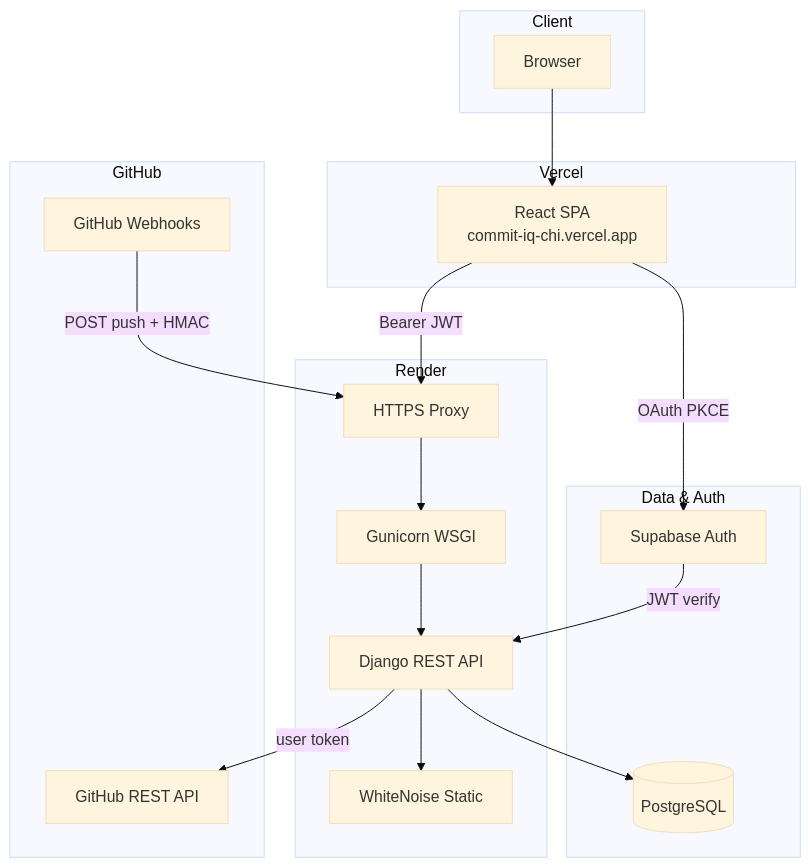
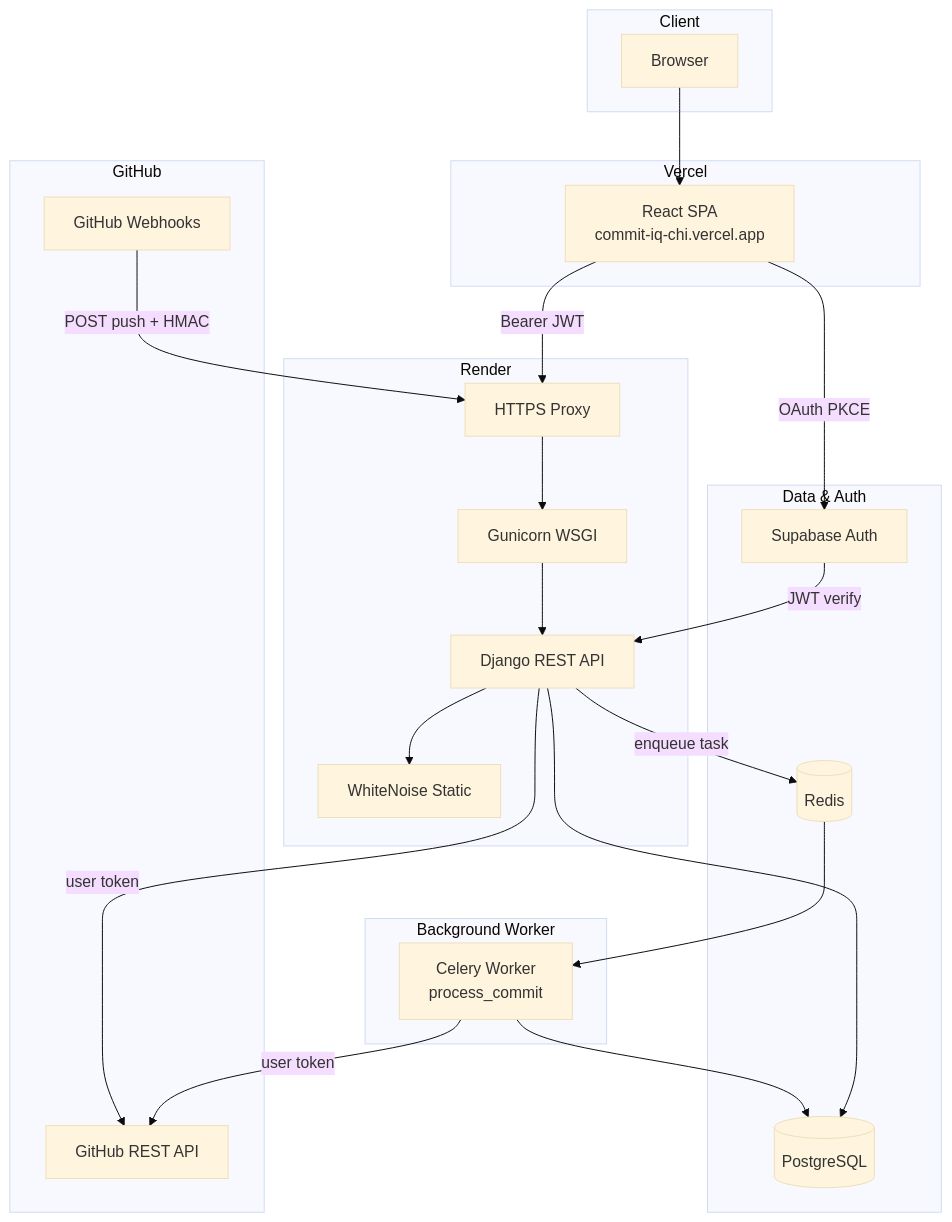
One commit to coutKaustubh/CommitIQ changed the first of 10 diagrams in README.md. Above: the diagram before and after it, drawn with Mermaid (base theme). The commit also changed other lines of this file and 2 other files, not shown here.

````diff
--- a/README.md
+++ b/README.md
@@ -76,37 +83,46 @@
 ```mermaid
 flowchart TB
     subgraph client [Client]
         Browser[Browser]
     end
 
     subgraph vercel [Vercel]
         SPA[React SPA<br/>commit-iq-chi.vercel.app]
     end
 
     subgraph render [Render]
         Proxy[HTTPS Proxy]
         Gunicorn[Gunicorn WSGI]
         Django[Django REST API]
         WhiteNoise[WhiteNoise Static]
     end
 
     subgraph data [Data & Auth]
         PG[(PostgreSQL)]
         Supabase[Supabase Auth]
+        Redis[(Redis)]
+    end
+
+    subgraph worker [Background Worker]
+        Celery[Celery Worker<br/>process_commit]
     end
 
     subgraph github [GitHub]
         GH_API[GitHub REST API]
         GH_WH[GitHub Webhooks]
     end
 
     Browser --> SPA
     SPA -->|Bearer JWT| Proxy
     SPA -->|OAuth PKCE| Supabase
-  Supabase -->|JWT verify| Django
+    Supabase -->|JWT verify| Django
     Proxy --> Gunicorn --> Django
     Django --> WhiteNoise
     Django --> PG
+    Django -->|enqueue task| Redis
+    Redis --> Celery
+    Celery --> PG
+    Celery -->|user token| GH_API
     Django -->|user token| GH_API
     GH_WH -->|POST push + HMAC| Proxy
 ```
````
